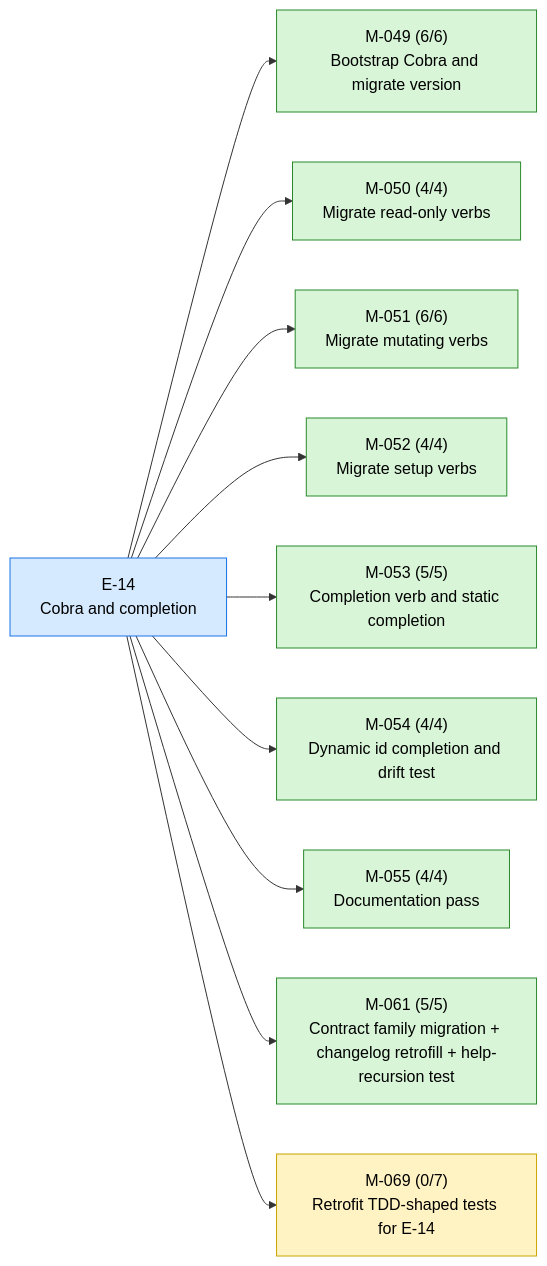
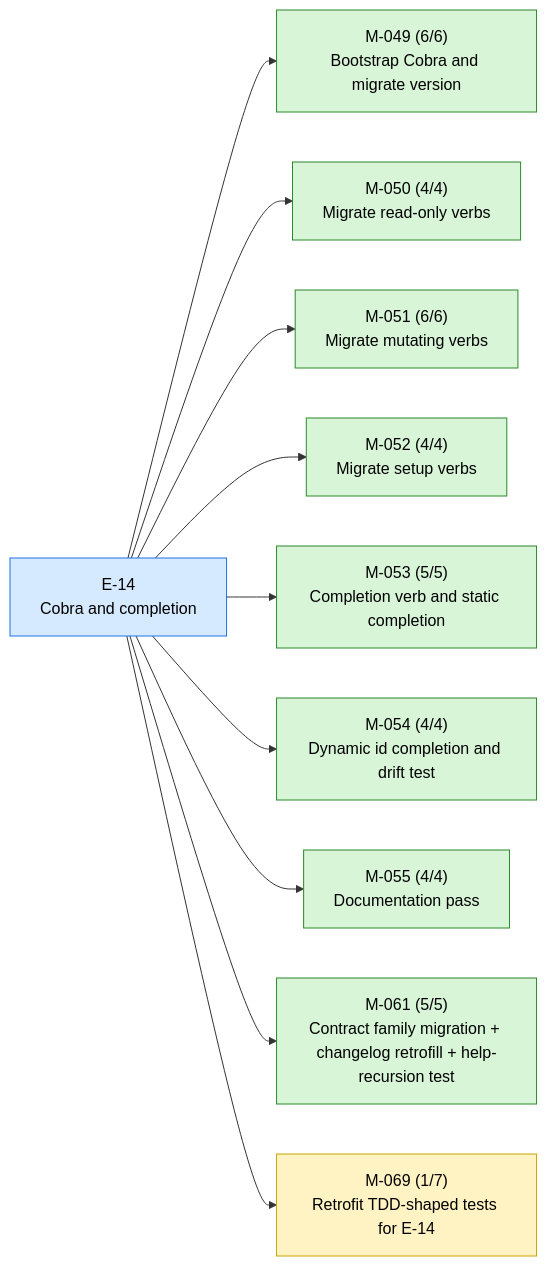
The first of 4 diagrams in STATUS.md (23min/aiwf), drawn with Mermaid before and after one commit. The commit also changed other lines of this file and 1 other file, not shown here.

````diff
--- a/STATUS.md
+++ b/STATUS.md
@@ -19,28 +19,28 @@
 ```mermaid
 flowchart LR
   E_14["E-14<br/>Cobra and completion"]:::epic_active
   M_049["M-049 (6/6)<br/>Bootstrap Cobra and migrate version"]:::ms_done
   E_14 --> M_049
   M_050["M-050 (4/4)<br/>Migrate read-only verbs"]:::ms_done
   E_14 --> M_050
   M_051["M-051 (6/6)<br/>Migrate mutating verbs"]:::ms_done
   E_14 --> M_051
   M_052["M-052 (4/4)<br/>Migrate setup verbs"]:::ms_done
   E_14 --> M_052
   M_053["M-053 (5/5)<br/>Completion verb and static completion"]:::ms_done
   E_14 --> M_053
   M_054["M-054 (4/4)<br/>Dynamic id completion and drift test"]:::ms_done
   E_14 --> M_054
   M_055["M-055 (4/4)<br/>Documentation pass"]:::ms_done
   E_14 --> M_055
   M_061["M-061 (5/5)<br/>Contract family migration + changelog retrofill + help-recursion test"]:::ms_done
   E_14 --> M_061
-  M_069["M-069 (0/7)<br/>Retrofit TDD-shaped tests for E-14"]:::ms_in_progress
+  M_069["M-069 (1/7)<br/>Retrofit TDD-shaped tests for E-14"]:::ms_in_progress
   E_14 --> M_069
   classDef epic_active fill:#d6eaff,stroke:#1a73e8,color:#000
   classDef epic_proposed fill:#f4f4f4,stroke:#888,color:#000
   classDef ms_done fill:#d8f5d8,stroke:#2a8a2a,color:#000
   classDef ms_in_progress fill:#fff3c4,stroke:#caa400,color:#000
   classDef ms_draft fill:#f4f4f4,stroke:#888,color:#000
   classDef ms_cancelled fill:#fbeaea,stroke:#c33,color:#000
 ```
````
